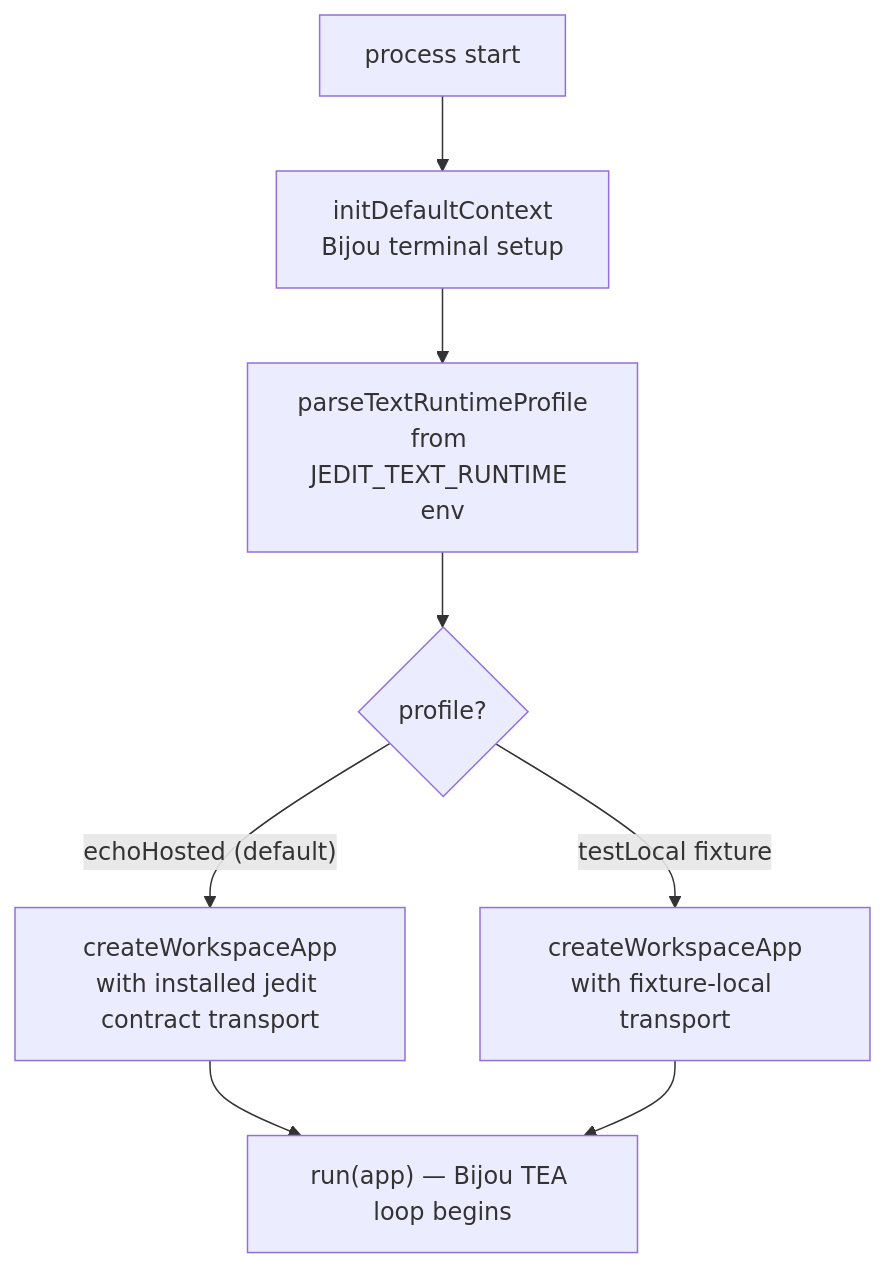
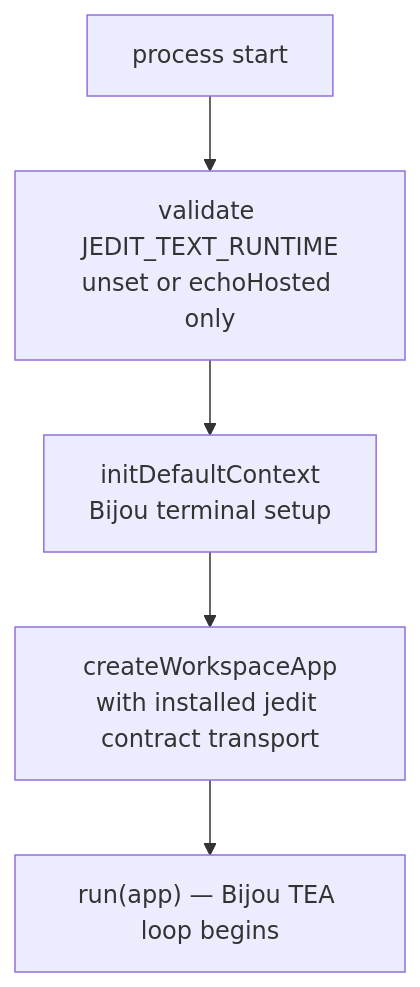
One commit to flyingrobots/jedit changed the third of 21 diagrams in docs/technical-teardown.md. Above: the diagram before and after it, drawn with Mermaid. The commit also changed other lines of this file and 22 other files, not shown here.

Commit message:
fix: remove non-echo text runtime modes

````diff
--- a/docs/technical-teardown.md
+++ b/docs/technical-teardown.md
@@ -245,10 +251,7 @@
 ```mermaid
 flowchart TD
-    A[process start] --> B["initDefaultContext<br />Bijou terminal setup"]
-    B --> C["parseTextRuntimeProfile<br />from JEDIT_TEXT_RUNTIME env"]
-    C --> D{profile?}
-    D -- "echoHosted (default)" --> E["createWorkspaceApp<br />with installed jedit contract transport"]
-    D -- "testLocal fixture" --> F["createWorkspaceApp<br />with fixture-local transport"]
-    E --> G["run(app) — Bijou TEA loop begins"]
-    F --> G
+    A[process start] --> B["validate JEDIT_TEXT_RUNTIME<br />unset or echoHosted only"]
+    B --> C["initDefaultContext<br />Bijou terminal setup"]
+    C --> D["createWorkspaceApp<br />with installed jedit contract transport"]
+    D --> E["run(app) — Bijou TEA loop begins"]
 ```
````
